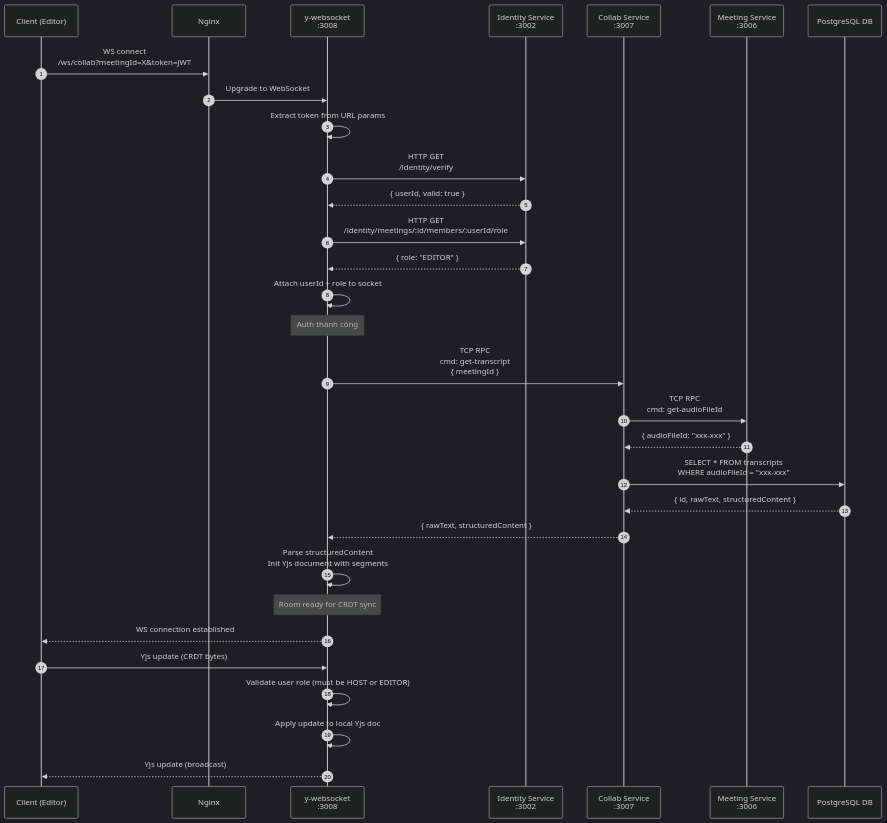
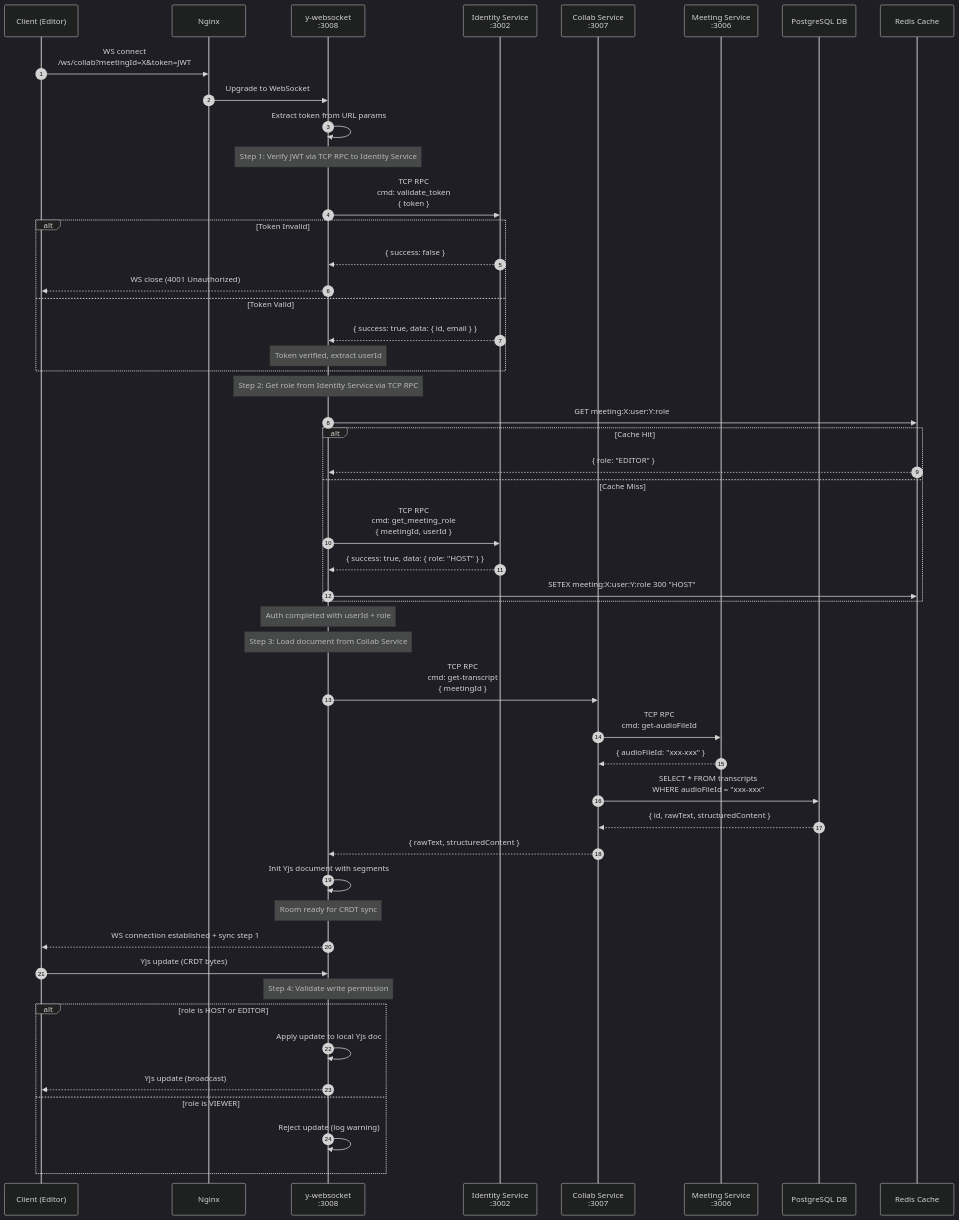
The second of 5 diagrams in documents/ms/collab_service/idea/architecture.md (Yamaaaaaaaa/VDT_miniproject_TranscriptHub), drawn with Mermaid (dark theme) before and after one commit. The commit also changed other lines of this file and 1 other file, not shown here.

````diff
--- a/documents/ms/collab_service/idea/architecture.md
+++ b/documents/ms/collab_service/idea/architecture.md
@@ -149,36 +149,60 @@
 ```mermaid
 sequenceDiagram
     autonumber
     participant Client as Client (Editor)
     participant Nginx as Nginx
     participant yWS as y-websocket<br/>:3008
     participant Identity as Identity Service<br/>:3002
     participant Collab as Collab Service<br/>:3007
     participant Meeting as Meeting Service<br/>:3006
     participant PG as PostgreSQL DB
+    participant Redis as Redis Cache
 
     Client->>Nginx: WS connect<br/>/ws/collab?meetingId=X&token=JWT
     Nginx->>yWS: Upgrade to WebSocket
     yWS->>yWS: Extract token from URL params
-    yWS->>Identity: HTTP GET<br/>/identity/verify
-    Identity-->>yWS: { userId, valid: true }
-    yWS->>Identity: HTTP GET<br/>/identity/meetings/:id/members/:userId/role
-    Identity-->>yWS: { role: "EDITOR" }
-    yWS->>yWS: Attach userId + role to socket
-    Note over yWS: Auth thành công
 
+    Note over yWS: Step 1: Verify JWT via TCP RPC to Identity Service
+    yWS->>Identity: TCP RPC<br/>cmd: validate_token<br/>{ token }
+    alt Token Invalid
+        Identity-->>yWS: { success: false }
+        yWS-->>Client: WS close (4001 Unauthorized)
+    else Token Valid
+        Identity-->>yWS: { success: true, data: { id, email } }
+        Note over yWS: Token verified, extract userId
+    end
+
+    Note over yWS: Step 2: Get role from Identity Service via TCP RPC
+    yWS->>Redis: GET meeting:X:user:Y:role
+    alt Cache Hit
+        Redis-->>yWS: { role: "EDITOR" }
+    else Cache Miss
+        yWS->>Identity: TCP RPC<br/>cmd: get_meeting_role<br/>{ meetingId, userId }
+        Identity-->>yWS: { success: true, data: { role: "HOST" } }
+        yWS->>Redis: SETEX meeting:X:user:Y:role 300 "HOST"
+    end
+
+    Note over yWS: Auth completed with userId + role
+
+    Note over yWS: Step 3: Load document from Collab Service
     yWS->>Collab: TCP RPC<br/>cmd: get-transcript<br/>{ meetingId }
     Collab->>Meeting: TCP RPC<br/>cmd: get-audioFileId
     Meeting-->>Collab: { audioFileId: "xxx-xxx" }
     Collab->>PG: SELECT * FROM transcripts<br/>WHERE audioFileId = "xxx-xxx"
     PG-->>Collab: { id, rawText, structuredContent }
     Collab-->>yWS: { rawText, structuredContent }
-    yWS->>yWS: Parse structuredContent<br/>Init Yjs document with segments
+    yWS->>yWS: Init Yjs document with segments
+
     Note over yWS: Room ready for CRDT sync
 
-    yWS-->>Client: WS connection established
+    yWS-->>Client: WS connection established + sync step 1
     Client->>yWS: Yjs update (CRDT bytes)
-    yWS->>yWS: Validate user role (must be HOST or EDITOR)
-    yWS->>yWS: Apply update to local Yjs doc
-    yWS-->>Client: Yjs update (broadcast)
+
+    Note over yWS: Step 4: Validate write permission
+    alt role is HOST or EDITOR
+        yWS->>yWS: Apply update to local Yjs doc
+        yWS-->>Client: Yjs update (broadcast)
+    else role is VIEWER
+        yWS->>yWS: Reject update (log warning)
+    end
 ```
````
